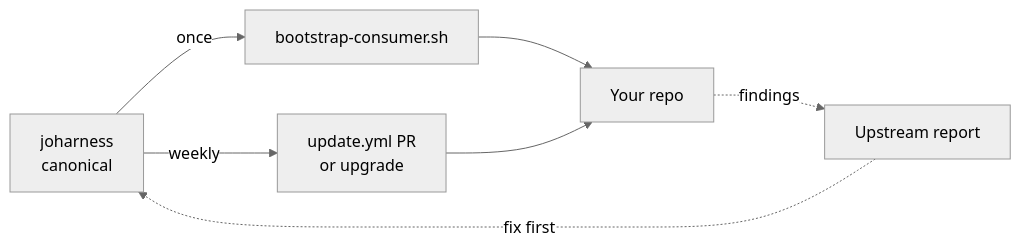
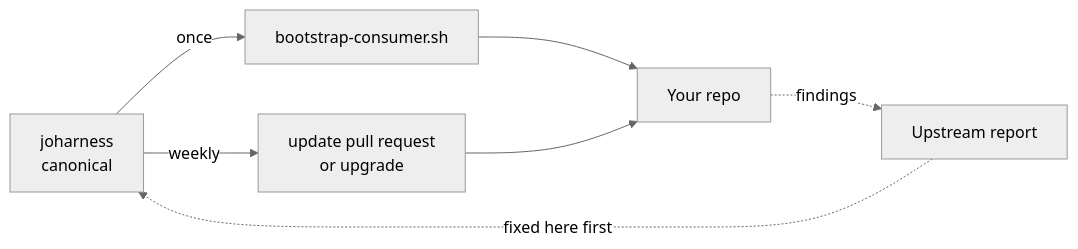
One commit to chrsctl/joharness changed the second of 2 diagrams in README.md. Above: the diagram before and after it, drawn with Mermaid. The commit also changed other lines of this file and 1 other file, not shown here.

````diff
--- a/README.md
+++ b/README.md
@@ -81,10 +150,10 @@
 ```mermaid
 %%{init: {'theme': 'neutral'}}%%
 flowchart LR
     accTitle: Distribution
-    accDescr: joharness bootstraps a repo once, syncs it weekly, and receives harness fixes first.
+    accDescr: joharness sets up a repo once, syncs it weekly, and takes harness fixes back first.
 
     canon["joharness<br/>canonical"] -- once --> boot[bootstrap-consumer.sh] --> repo[Your repo]
-    canon -- weekly --> sync["update.yml PR<br/>or upgrade"] --> repo
-    repo -. findings .-> report[Upstream report] -. fix first .-> canon
+    canon -- weekly --> sync["update pull request<br/>or upgrade"] --> repo
+    repo -. findings .-> report[Upstream report] -. fixed here first .-> canon
 ```
````
